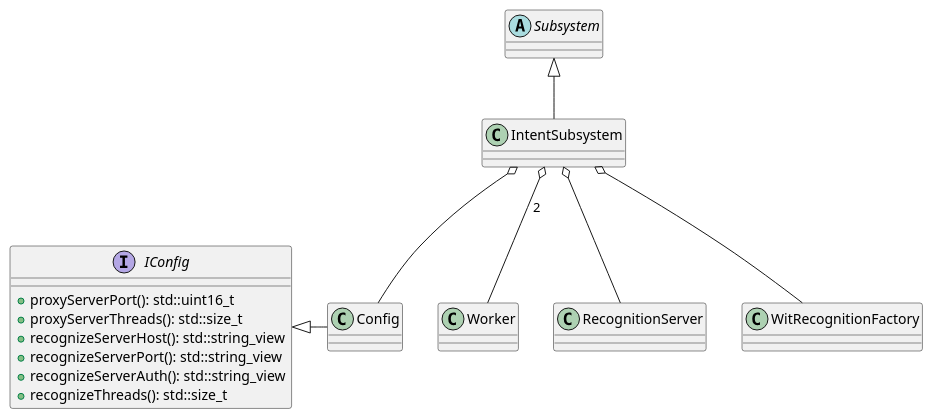
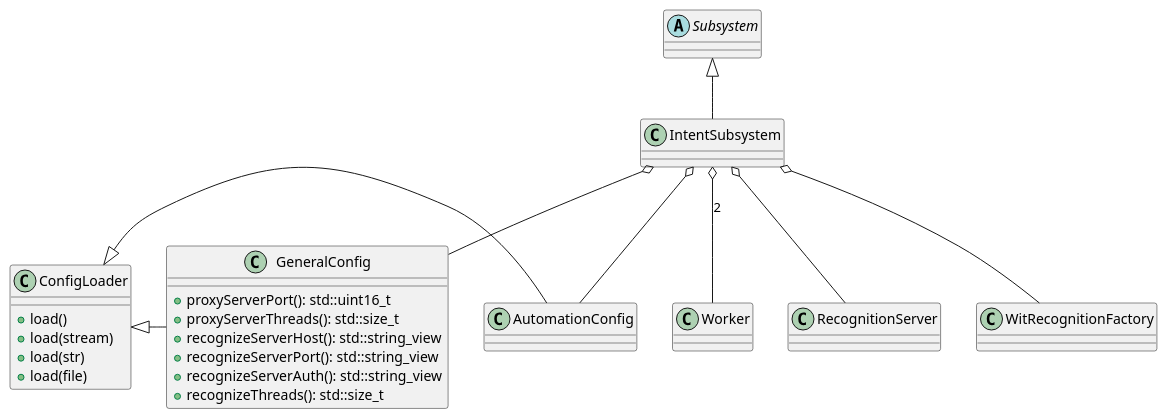
Before and after one commit to denoming/rintento: the second of 9 diagrams in src/intent/doc/intent.md, drawn with PlantUML. The commit also changed other lines of this file, not shown here.

Commit message:
update intent subsystem doc

````diff
--- a/src/intent/doc/intent.md
+++ b/src/intent/doc/intent.md
@@ -56,22 +56,32 @@
 ```plantuml
 @startuml
 abstract class Subsystem
 
-interface IConfig {
+class ConfigLoader {
+    +load()
+    +load(stream)
+    +load(str)
+    +load(file)
+}
+
+class GeneralConfig {
     +proxyServerPort(): std::uint16_t
     +proxyServerThreads(): std::size_t
     +recognizeServerHost(): std::string_view
     +recognizeServerPort(): std::string_view
     +recognizeServerAuth(): std::string_view
     +recognizeThreads(): std::size_t
 }
 
+ConfigLoader <|- GeneralConfig
+ConfigLoader <|- AutomationConfig
+
 Subsystem <|-- IntentSubsystem
-IConfig <|- Config
 
 IntentSubsystem o-- Worker : 2
-IntentSubsystem o-- Config
+IntentSubsystem o-- GeneralConfig
+IntentSubsystem o-- AutomationConfig
 IntentSubsystem o-- RecognitionServer
 IntentSubsystem o-- WitRecognitionFactory
 @enduml
 ```
````
